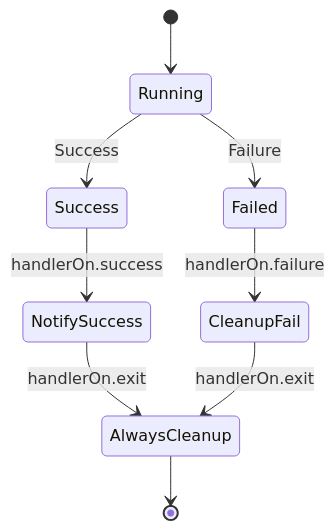
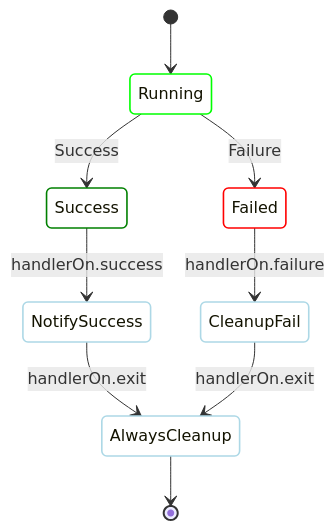
The seventh of 8 diagrams in docs-next/writing-workflows/examples/index.md (dagu-org/dagu), drawn with Mermaid before and after one commit. The commit also changed other lines of this file and 2 other files, not shown here.

````diff
--- a/docs-next/writing-workflows/examples/index.md
+++ b/docs-next/writing-workflows/examples/index.md
@@ -380,11 +384,21 @@
 ```mermaid
 stateDiagram-v2
     [*] --> Running
     Running --> Success: Success
     Running --> Failed: Failure
     Success --> NotifySuccess: handlerOn.success
     Failed --> CleanupFail: handlerOn.failure
     NotifySuccess --> AlwaysCleanup: handlerOn.exit
     CleanupFail --> AlwaysCleanup: handlerOn.exit
     AlwaysCleanup --> [*]
+    
+    classDef running fill:white,stroke:lime,stroke-width:1.6px
+    classDef success fill:white,stroke:green,stroke-width:1.6px
+    classDef failed fill:white,stroke:red,stroke-width:1.6px
+    classDef handler fill:white,stroke:lightblue,stroke-width:1.6px
+    
+    class Running running
+    class Success success
+    class Failed failed
+    class NotifySuccess,CleanupFail,AlwaysCleanup handler
 ```
````
